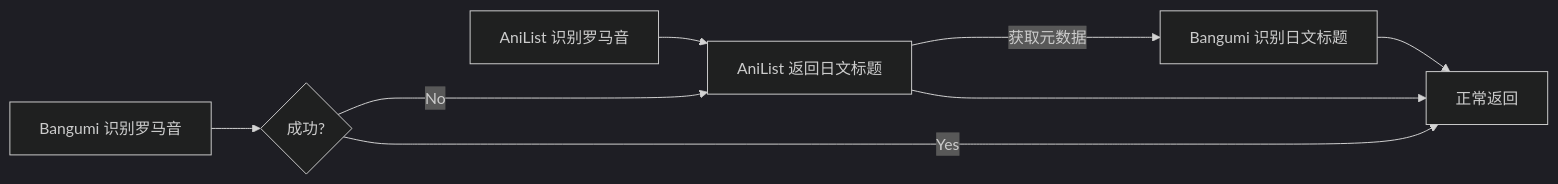
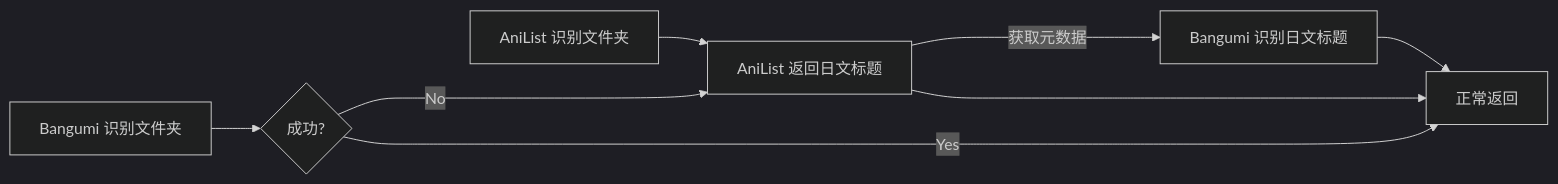
The diagram in docs/howToUseItInJellyfin.md (chu-shen/AnitomySharp), drawn with Mermaid (dark theme) before and after one commit. The commit also changed 1 other file, not shown here.

````diff
--- a/docs/howToUseItInJellyfin.md
+++ b/docs/howToUseItInJellyfin.md
@@ -91,10 +91,10 @@
 ```mermaid
 graph LR
-  A[AniList 识别罗马音] --> A1[AniList 返回日文标题];
+  A[AniList 识别文件夹] --> A1[AniList 返回日文标题];
   A1 --> C;
-  B[Bangumi 识别罗马音]--> B1{成功?};
+  B[Bangumi 识别文件夹]--> B1{成功?};
   B1 -->|Yes| C[正常返回];
   B1 ---->|No| A1;
   A1 ---->|获取元数据| B2[Bangumi 识别日文标题];
   B2 --> C;
 ```
````
